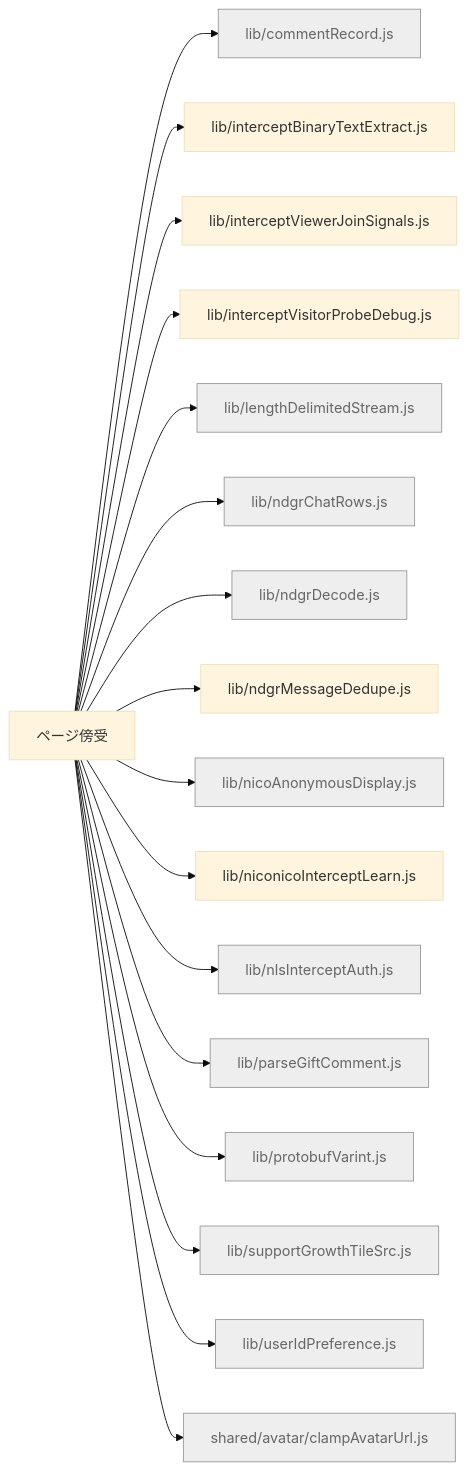
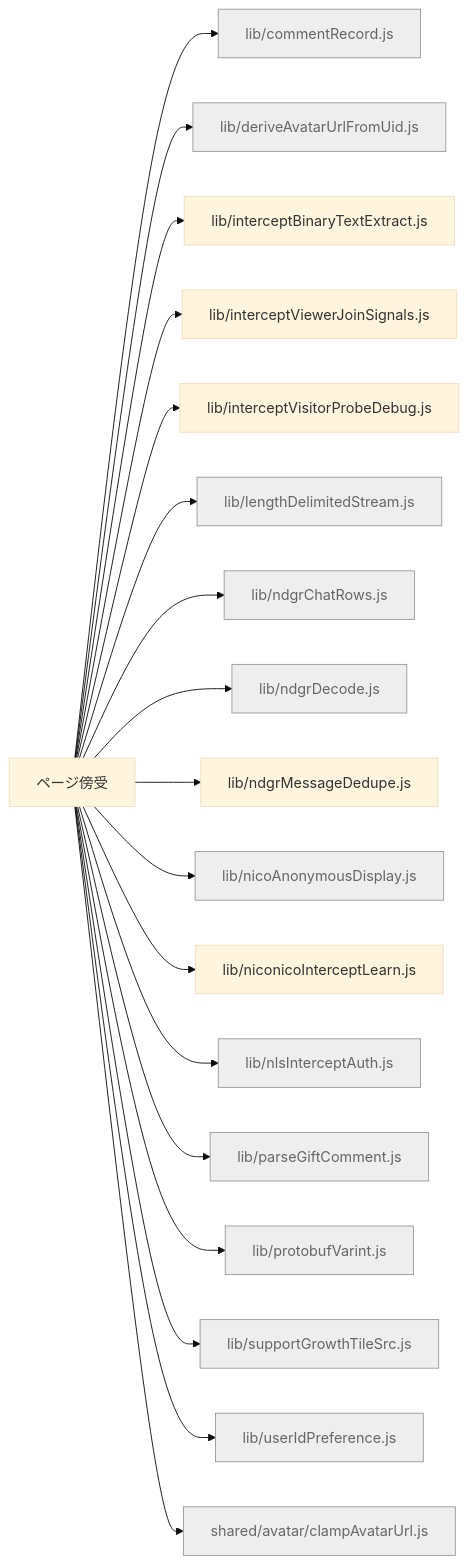
Before and after one commit to kimito-link/tsuioku-no-kirameki.com: the diagram in docs/feature-map/page-intercept.md, drawn with Mermaid (base theme). The commit also changed 25 other files, not shown here.

````diff
--- a/docs/feature-map/page-intercept.md
+++ b/docs/feature-map/page-intercept.md
@@ -13,21 +13,22 @@
 ```mermaid
 graph LR
   n_page_intercept["ページ傍受"]
   n_page_intercept --> n_src_lib_commentRecord_js["lib/commentRecord.js"]:::shared
+  n_page_intercept --> n_src_lib_deriveAvatarUrlFromUid_js["lib/deriveAvatarUrlFromUid.js"]:::shared
   n_page_intercept --> n_src_lib_interceptBinaryTextExtract_js["lib/interceptBinaryTextExtract.js"]
   n_page_intercept --> n_src_lib_interceptViewerJoinSignals_js["lib/interceptViewerJoinSignals.js"]
   n_page_intercept --> n_src_lib_interceptVisitorProbeDebug_js["lib/interceptVisitorProbeDebug.js"]
   n_page_intercept --> n_src_lib_lengthDelimitedStream_js["lib/lengthDelimitedStream.js"]:::shared
   n_page_intercept --> n_src_lib_ndgrChatRows_js["lib/ndgrChatRows.js"]:::shared
   n_page_intercept --> n_src_lib_ndgrDecode_js["lib/ndgrDecode.js"]:::shared
   n_page_intercept --> n_src_lib_ndgrMessageDedupe_js["lib/ndgrMessageDedupe.js"]
   n_page_intercept --> n_src_lib_nicoAnonymousDisplay_js["lib/nicoAnonymousDisplay.js"]:::shared
   n_page_intercept --> n_src_lib_niconicoInterceptLearn_js["lib/niconicoInterceptLearn.js"]
   n_page_intercept --> n_src_lib_nlsInterceptAuth_js["lib/nlsInterceptAuth.js"]:::shared
   n_page_intercept --> n_src_lib_parseGiftComment_js["lib/parseGiftComment.js"]:::shared
   n_page_intercept --> n_src_lib_protobufVarint_js["lib/protobufVarint.js"]:::shared
   n_page_intercept --> n_src_lib_supportGrowthTileSrc_js["lib/supportGrowthTileSrc.js"]:::shared
   n_page_intercept --> n_src_lib_userIdPreference_js["lib/userIdPreference.js"]:::shared
   n_page_intercept --> n_src_shared_avatar_clampAvatarUrl_js["shared/avatar/clampAvatarUrl.js"]:::shared
   classDef shared fill:#eee,stroke:#999,color:#666;
 ```
````
